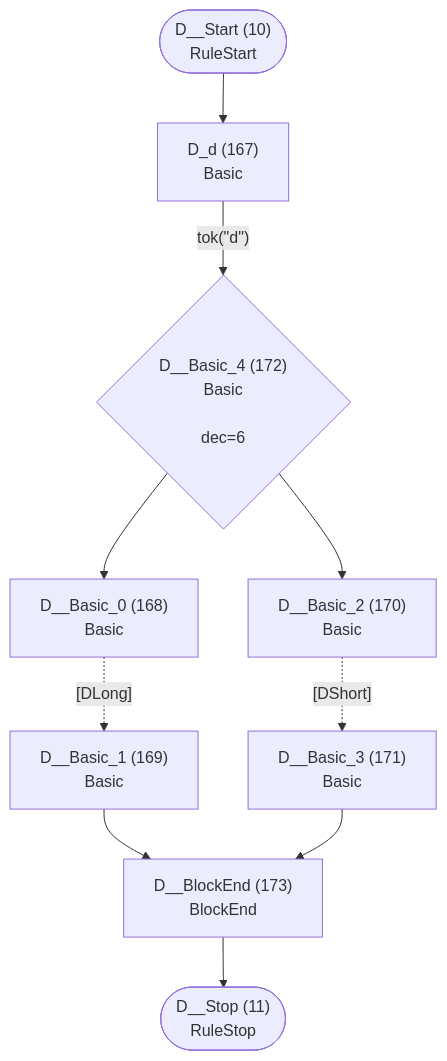
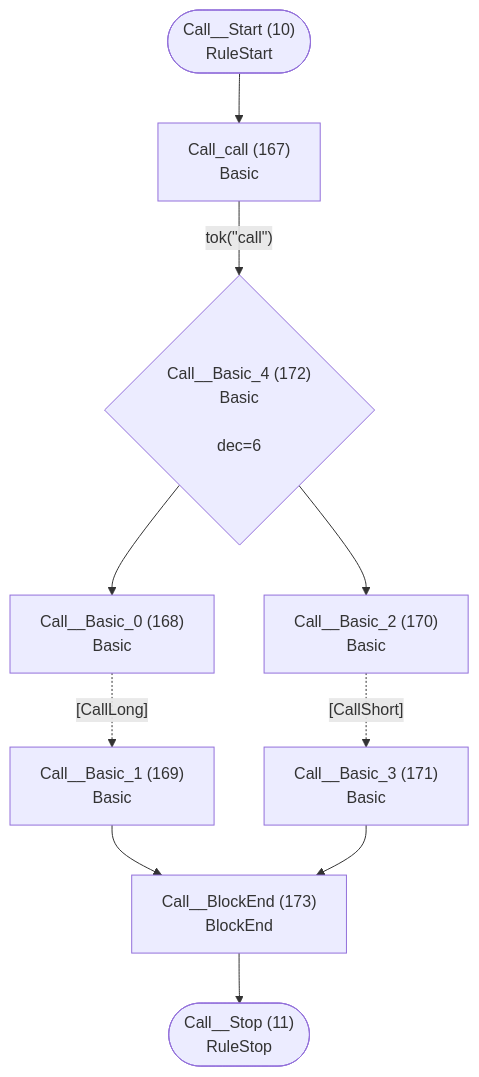
The sixth of 41 diagrams in internal/languages/completion/atn.md (TypeFox/fastbelt), drawn with Mermaid before and after one commit. The commit also changed other lines of this file and 11 other files, not shown here.

````diff
--- a/internal/languages/completion/atn.md
+++ b/internal/languages/completion/atn.md
@@ -254,22 +254,22 @@
 ```mermaid
 flowchart TD
-    q10(["D__Start (10)<br/>RuleStart"])
-    q11(["D__Stop (11)<br/>RuleStop"])
-    q167["D_d (167)<br/>Basic<br/>"]
-    q168["D__Basic_0 (168)<br/>Basic<br/>"]
-    q169["D__Basic_1 (169)<br/>Basic<br/>"]
-    q170["D__Basic_2 (170)<br/>Basic<br/>"]
-    q171["D__Basic_3 (171)<br/>Basic<br/>"]
-    q172{"D__Basic_4 (172)<br/>Basic<br/><br/>dec=6"}
-    q173["D__BlockEnd (173)<br/>BlockEnd<br/>"]
+    q10(["Call__Start (10)<br/>RuleStart"])
+    q11(["Call__Stop (11)<br/>RuleStop"])
+    q167["Call_call (167)<br/>Basic<br/>"]
+    q168["Call__Basic_0 (168)<br/>Basic<br/>"]
+    q169["Call__Basic_1 (169)<br/>Basic<br/>"]
+    q170["Call__Basic_2 (170)<br/>Basic<br/>"]
+    q171["Call__Basic_3 (171)<br/>Basic<br/>"]
+    q172{"Call__Basic_4 (172)<br/>Basic<br/><br/>dec=6"}
+    q173["Call__BlockEnd (173)<br/>BlockEnd<br/>"]
 
     q10 --> q167
-    q167 -->|"tok(&quot;d&quot;)"| q172
-    q168 -.->|"[DLong]"| q169
+    q167 -->|"tok(&quot;call&quot;)"| q172
+    q168 -.->|"[CallLong]"| q169
     q169 --> q173
-    q170 -.->|"[DShort]"| q171
+    q170 -.->|"[CallShort]"| q171
     q171 --> q173
     q172 --> q168
     q172 --> q170
     q173 --> q11
 ```
````
